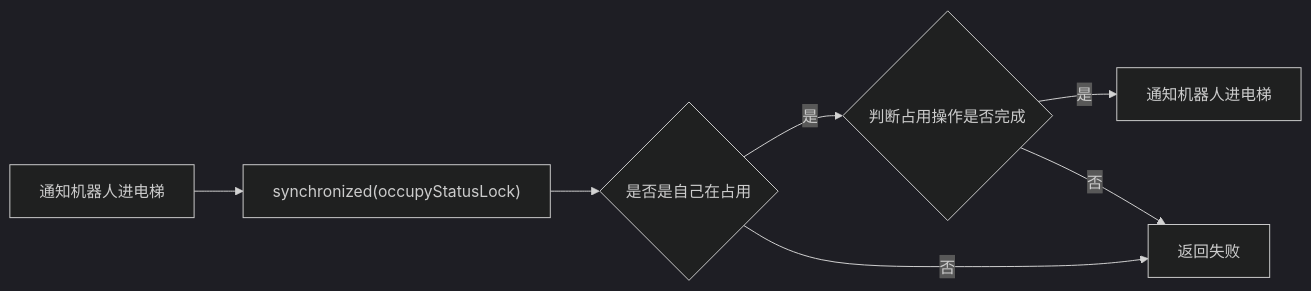
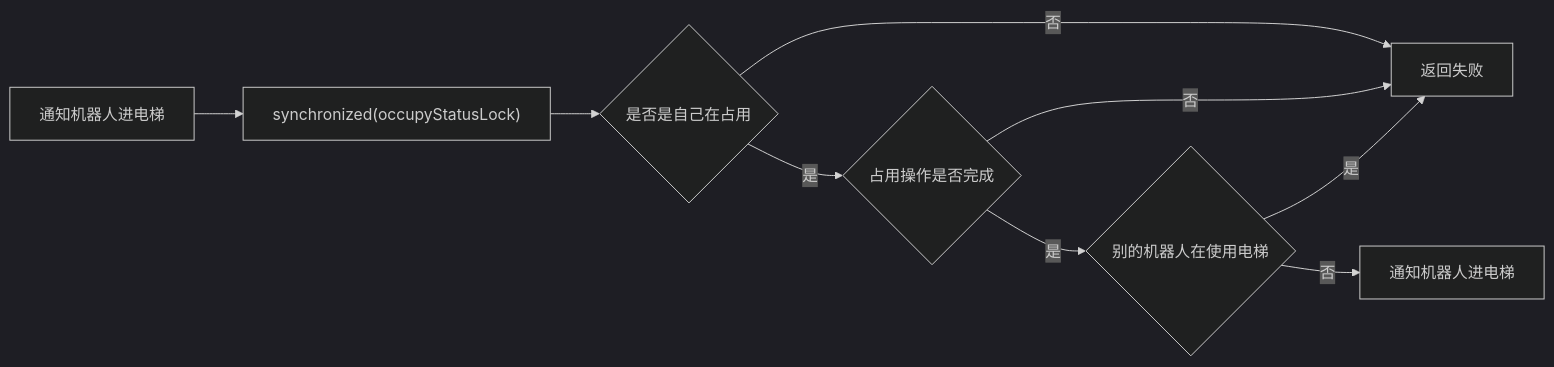
One commit to hkwaner/ElevatorForwarder changed the fourth of 5 diagrams in readme2.md. Above: the diagram before and after it, drawn with Mermaid (dark theme). The commit also changed other lines of this file and 5 other files, not shown here.

````diff
--- a/readme2.md
+++ b/readme2.md
@@ -43,10 +43,13 @@
 ```mermaid
     flowchart LR
     1[通知机器人进电梯] --> 2["synchronized(occupyStatusLock)"]
     2 --> 3{"是否是自己在占用"}
-    3 -->|是| 4{"判断占用操作是否完成"}
+    3 -->|是| 4{"占用操作是否完成"}
     3 -->|否| A[返回失败]
-    4 -->|是| 8["通知机器人进电梯"]
+    4 -->|是| 5{别的机器人在使用电梯}
     4 -->|否| A
     
+    5 -->|是| A
+    5 -->|否| 8["通知机器人进电梯"]
+    
 ```
````
